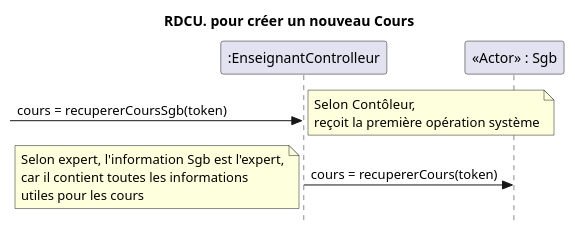
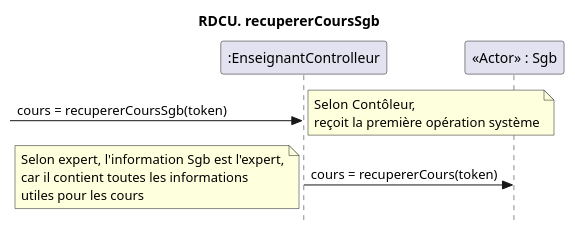
The diagram in docs/Ajouter cours/RDCU_recupererCoursSgb.puml (nerdz88/SGA-TS), drawn with PlantUML before and after one commit. The commit also changed 6 other files, not shown here.

```diff
--- a/docs/Ajouter cours/RDCU_recupererCoursSgb.puml
+++ b/docs/Ajouter cours/RDCU_recupererCoursSgb.puml
@@ -1,12 +1,12 @@
 @startuml recupererCoursSgb
 skinparam style strictuml
 skinparam defaultfontname Verdana
-title RDCU. pour créer un nouveau Cours
+title RDCU. recupererCoursSgb
 participant ":EnseignantControlleur" as sga
 participant "<<Actor>> : Sgb" as sgb
 
 ->sga : cours = recupererCoursSgb(token)
 note left : Selon Contôleur,\nreçoit la première opération système
 sga->sgb: cours = recupererCours(token)
 note left : Selon expert, l'information Sgb est l'expert,\ncar il contient toutes les informations\nutiles pour les cours
 @enduml
```
